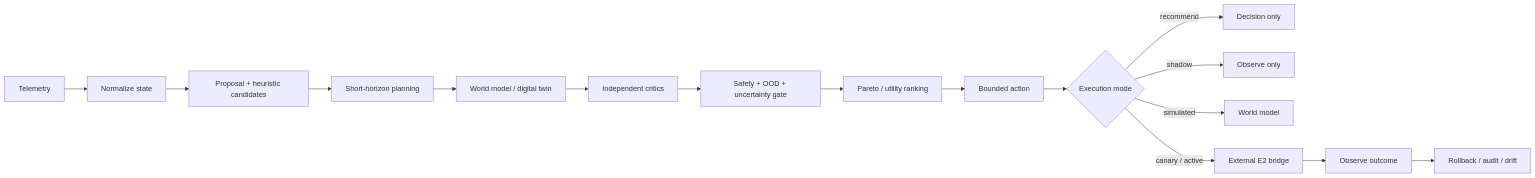
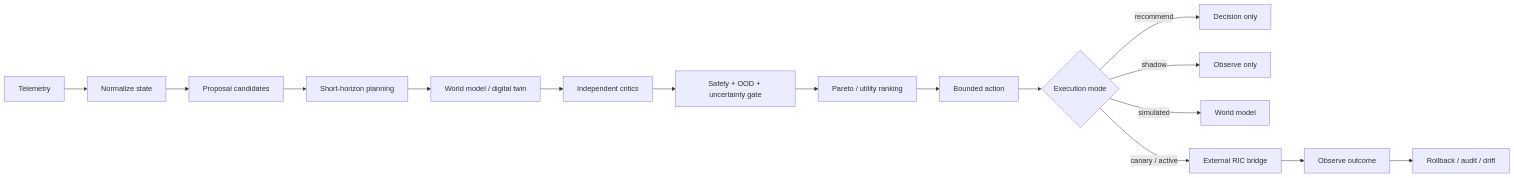
One commit to vtavakkoli/Agentic-RAN changed the diagram in README.md. Above: the diagram before and after it, drawn with Mermaid. The commit also changed other lines of this file, not shown here.

````diff
--- a/README.md
+++ b/README.md
@@ -20,18 +28,18 @@
 ```mermaid
 flowchart LR
     A[Telemetry] --> B[Normalize state]
-    B --> C[Proposal + heuristic candidates]
+    B --> C[Proposal candidates]
     C --> D[Short-horizon planning]
     D --> E[World model / digital twin]
     E --> F[Independent critics]
     F --> G[Safety + OOD + uncertainty gate]
     G --> H[Pareto / utility ranking]
     H --> I[Bounded action]
     I --> J{Execution mode}
     J -->|recommend| K[Decision only]
     J -->|shadow| L[Observe only]
     J -->|simulated| M[World model]
-    J -->|canary / active| N[External E2 bridge]
+    J -->|canary / active| N[External RIC bridge]
     N --> O[Observe outcome]
     O --> P[Rollback / audit / drift]
 ```
````
